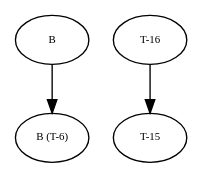
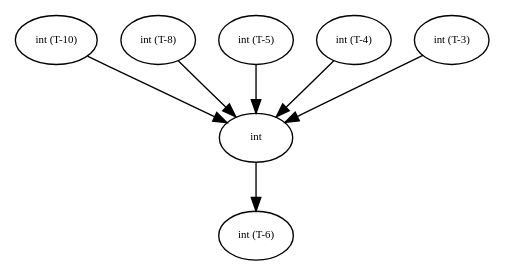
Before and after one commit to amso100/livescript-declarations: the diagram in graphs/debug_tree0.dot, drawn with Graphviz. The commit also changed 12 other files, not shown here.

```diff
--- a/graphs/debug_tree0.dot
+++ b/graphs/debug_tree0.dot
@@ -1,29 +1,60 @@
 digraph RGL__DirectedAdjacencyGraph {
-    B [
+    "int (T-10)" [
         fontsize = 8,
-        label = B
+        label = "int (T-10)"
     ]
 
-    "B (T-6)" [
+    int [
         fontsize = 8,
-        label = "B (T-6)"
+        label = int
     ]
 
-    "T-16" [
+    "int (T-6)" [
         fontsize = 8,
-        label = "T-16"
+        label = "int (T-6)"
     ]
 
-    "T-15" [
+    "int (T-8)" [
         fontsize = 8,
-        label = "T-15"
+        label = "int (T-8)"
     ]
 
-    B -> "B (T-6)" [
+    "int (T-5)" [
+        fontsize = 8,
+        label = "int (T-5)"
+    ]
+
+    "int (T-4)" [
+        fontsize = 8,
+        label = "int (T-4)"
+    ]
+
+    "int (T-3)" [
+        fontsize = 8,
+        label = "int (T-3)"
+    ]
+
+    "int (T-10)" -> int [
         fontsize = 8
     ]
 
-    "T-16" -> "T-15" [
+    int -> "int (T-6)" [
+        fontsize = 8
+    ]
+
+    "int (T-8)" -> int [
+        fontsize = 8
+    ]
+
+    "int (T-5)" -> int [
+        fontsize = 8
+    ]
+
+    "int (T-4)" -> int [
+        fontsize = 8
+    ]
+
+    "int (T-3)" -> int [
         fontsize = 8
     ]
 }
```
